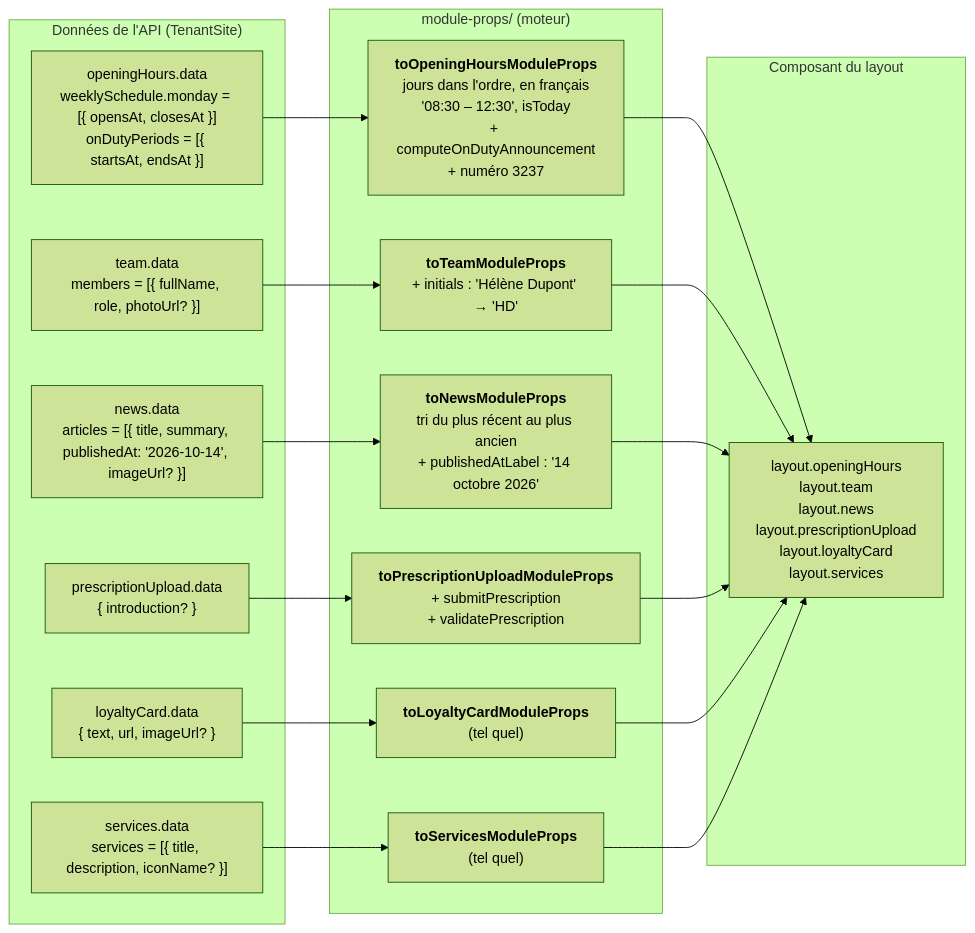
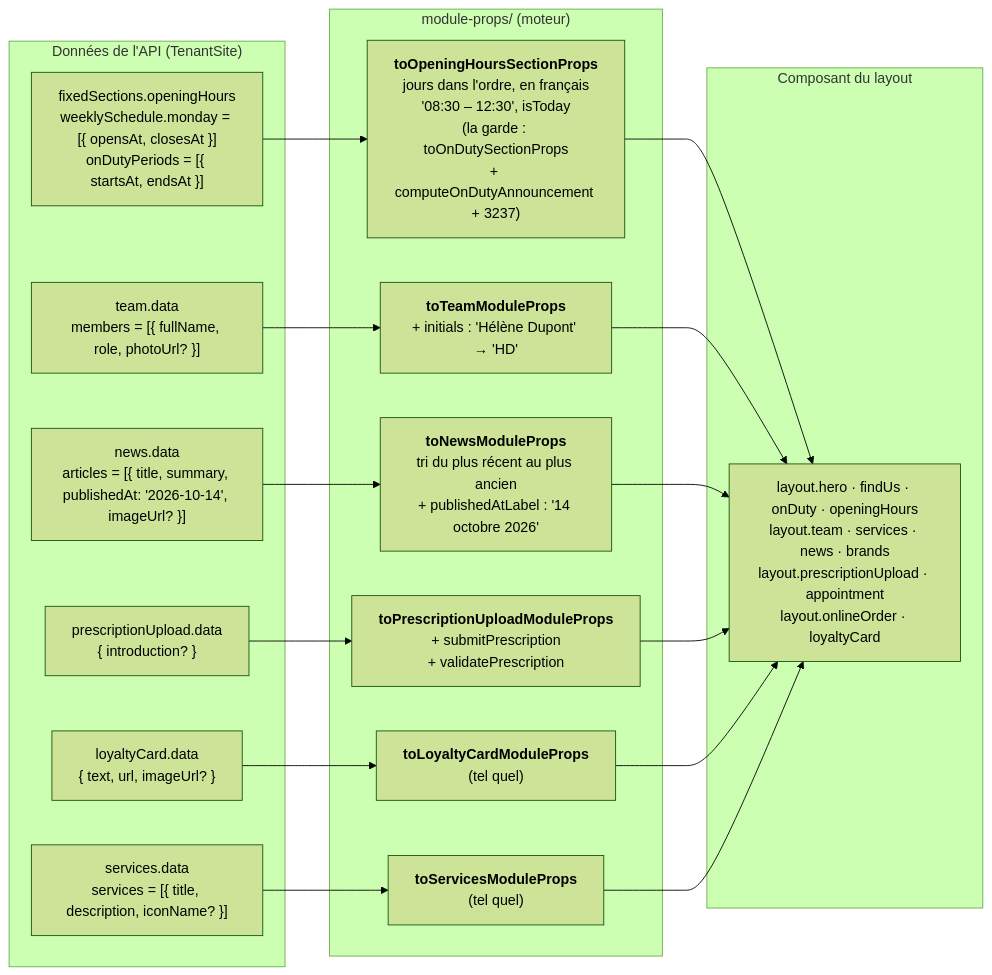
Before and after one commit to BastienGRNT/crystal_pharm: the eighth of 8 diagrams in app/engine/docs/fonctionnement-complet.md, drawn with Mermaid (forest theme). The commit also changed other lines of this file and 169 other files, not shown here.

First line of the commit message:
feat(schema): sections fixes, modules placés et images personnalisables

````diff
--- a/app/engine/docs/fonctionnement-complet.md
+++ b/app/engine/docs/fonctionnement-complet.md
@@ -268,31 +268,31 @@
 ```mermaid
 flowchart LR
     subgraph api["Données de l'API (TenantSite)"]
-        hours["openingHours.data<br/>weeklySchedule.monday = [{ opensAt, closesAt }]<br/>onDutyPeriods = [{ startsAt, endsAt }]"]
+        hours["fixedSections.openingHours<br/>weeklySchedule.monday = [{ opensAt, closesAt }]<br/>onDutyPeriods = [{ startsAt, endsAt }]"]
         team["team.data<br/>members = [{ fullName, role, photoUrl? }]"]
         news["news.data<br/>articles = [{ title, summary, publishedAt: '2026-10-14', imageUrl? }]"]
         prescription["prescriptionUpload.data<br/>{ introduction? }"]
         loyalty["loyaltyCard.data<br/>{ text, url, imageUrl? }"]
         services["services.data<br/>services = [{ title, description, iconName? }]"]
     end
 
     subgraph transform["module-props/ (moteur)"]
-        toHours["<b>toOpeningHoursModuleProps</b><br/>jours dans l'ordre, en français<br/>'08:30 – 12:30', isToday<br/>+ computeOnDutyAnnouncement<br/>+ numéro 3237"]
+        toHours["<b>toOpeningHoursSectionProps</b><br/>jours dans l'ordre, en français<br/>'08:30 – 12:30', isToday<br/>(la garde : toOnDutySectionProps<br/>+ computeOnDutyAnnouncement + 3237)"]
         toTeam["<b>toTeamModuleProps</b><br/>+ initials : 'Hélène Dupont' → 'HD'"]
         toNews["<b>toNewsModuleProps</b><br/>tri du plus récent au plus ancien<br/>+ publishedAtLabel : '14 octobre 2026'"]
         toPrescription["<b>toPrescriptionUploadModuleProps</b><br/>+ submitPrescription<br/>+ validatePrescription"]
         toLoyalty["<b>toLoyaltyCardModuleProps</b><br/>(tel quel)"]
         toServices["<b>toServicesModuleProps</b><br/>(tel quel)"]
     end
 
     subgraph layout["Composant du layout"]
-        layoutComponents["layout.openingHours<br/>layout.team<br/>layout.news<br/>layout.prescriptionUpload<br/>layout.loyaltyCard<br/>layout.services"]
+        layoutComponents["layout.hero · findUs · onDuty · openingHours<br/>layout.team · services · news · brands<br/>layout.prescriptionUpload · appointment<br/>layout.onlineOrder · loyaltyCard"]
     end
 
     hours --> toHours --> layoutComponents
     team --> toTeam --> layoutComponents
     news --> toNews --> layoutComponents
     prescription --> toPrescription --> layoutComponents
     loyalty --> toLoyalty --> layoutComponents
     services --> toServices --> layoutComponents
 ```
````
